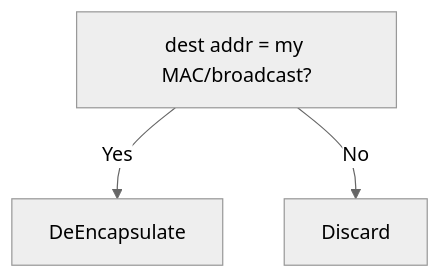
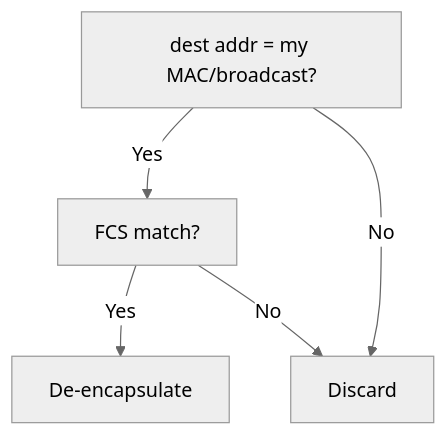
Before and after one commit to KelvinWu602/ObsidianVault: the first of 8 diagrams in Networking/Ethernet.md, drawn with Mermaid (neutral theme). The commit also changed other lines of this file and 17 other files, not shown here.

````diff
--- a/Networking/Ethernet.md
+++ b/Networking/Ethernet.md
@@ -26,5 +26,7 @@
 ```mermaid
 flowchart TB
-	dec1["dest addr = my MAC/broadcast?"]-->|Yes|DeEncapsulate
+	dec1["dest addr = my MAC/broadcast?"]-->|Yes|dec2["FCS match?"]
 	dec1-->|No|Discard
+	dec2 --> |Yes|De-encapsulate
+	dec2--> |No|Discard
 ```
````
